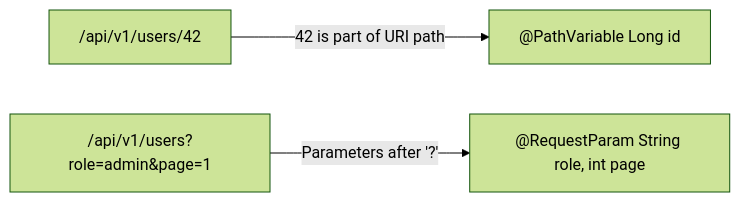
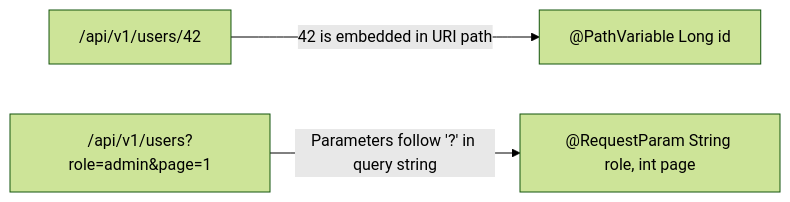
One commit to rohithgowda18/Notes changed diagram 16 of 23 in 06-Java-and-Spring-Boot/Spring Boot Interview Guide.md. Above: the diagram before and after it, drawn with Mermaid (forest theme). The commit also changed other lines of this file, not shown here.

````diff
--- a/06-Java-and-Spring-Boot/Spring Boot Interview Guide.md
+++ b/06-Java-and-Spring-Boot/Spring Boot Interview Guide.md
@@ -860,5 +1010,5 @@
 ```mermaid
 flowchart LR
-    URL1["/api/v1/users/42"] -->|"42 is part of URI path"| PV["@PathVariable Long id"]
-    URL2["/api/v1/users?role=admin&page=1"] -->|"Parameters after '?'"| RP["@RequestParam String role, int page"]
+    URL1["/api/v1/users/42"] -->|"42 is embedded in URI path"| PV["@PathVariable Long id"]
+    URL2["/api/v1/users?role=admin&page=1"] -->|"Parameters follow '?' in query string"| RP["@RequestParam String role, int page"]
 ```
````
